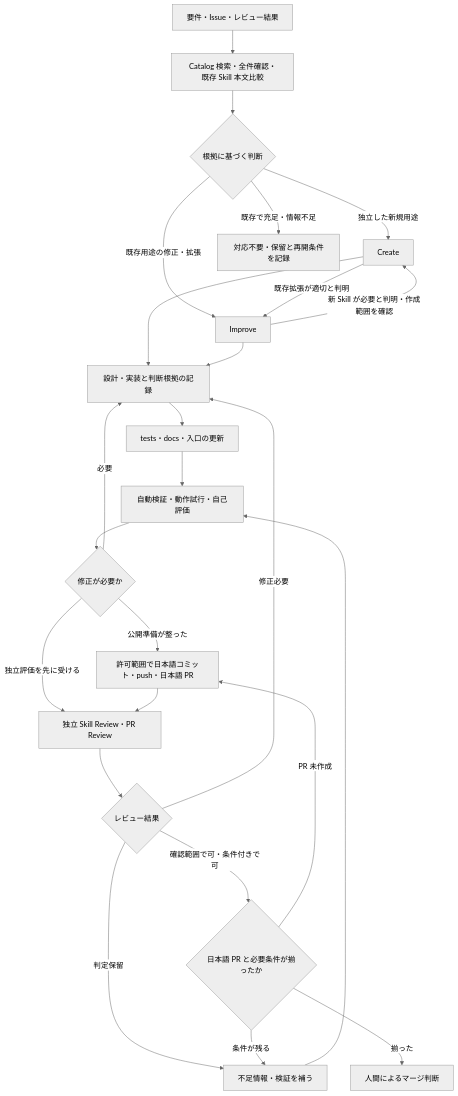
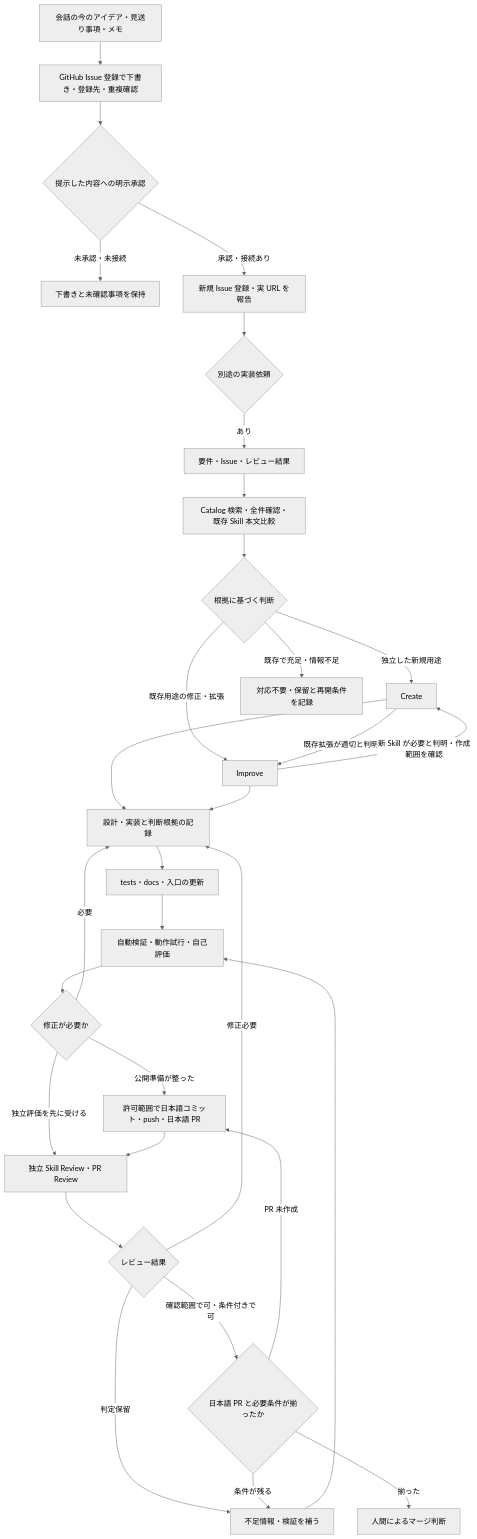
Before and after one commit to Ateliers-Dev/ateliers-ai-skills: the diagram in docs/skill-development-workflow.md, drawn with Mermaid (neutral theme). The commit also changed other lines of this file and 10 other files, not shown here.

````diff
--- a/docs/skill-development-workflow.md
+++ b/docs/skill-development-workflow.md
@@ -9,27 +9,33 @@
 ```mermaid
 flowchart TD
+    Q[会話の今のアイデア・見送り事項・メモ] --> R[GitHub Issue 登録で下書き・登録先・重複確認]
+    R --> S{提示した内容への明示承認}
+    S -->|未承認・未接続| T[下書きと未確認事項を保持]
+    S -->|承認・接続あり| U[新規 Issue 登録・実 URL を報告]
+    U --> V{別途の実装依頼}
+    V -->|あり| A
     A[要件・Issue・レビュー結果] --> B[Catalog 検索・全件確認・既存 Skill 本文比較]
     B --> C{根拠に基づく判断}
     C -->|独立した新規用途| D[Create]
     C -->|既存用途の修正・拡張| E[Improve]
     C -->|既存で充足・情報不足| F[対応不要・保留と再開条件を記録]
     D -->|既存拡張が適切と判明| E
     E -->|新 Skill が必要と判明・作成範囲を確認| D
     D --> G[設計・実装と判断根拠の記録]
     E --> G
     G --> H[tests・docs・入口の更新]
     H --> I[自動検証・動作試行・自己評価]
     I --> J{修正が必要か}
     J -->|必要| G
     J -->|公開準備が整った| K[許可範囲で日本語コミット・push・日本語 PR]
     J -->|独立評価を先に受ける| L[独立 Skill Review・PR Review]
     K --> L
     L --> M{レビュー結果}
     M -->|修正必要| G
     M -->|判定保留| N[不足情報・検証を補う]
     N --> I
     M -->|確認範囲で可・条件付きで可| O{日本語 PR と必要条件が揃ったか}
     O -->|PR 未作成| K
     O -->|条件が残る| N
     O -->|揃った| P[人間によるマージ判断]
 ```
````
